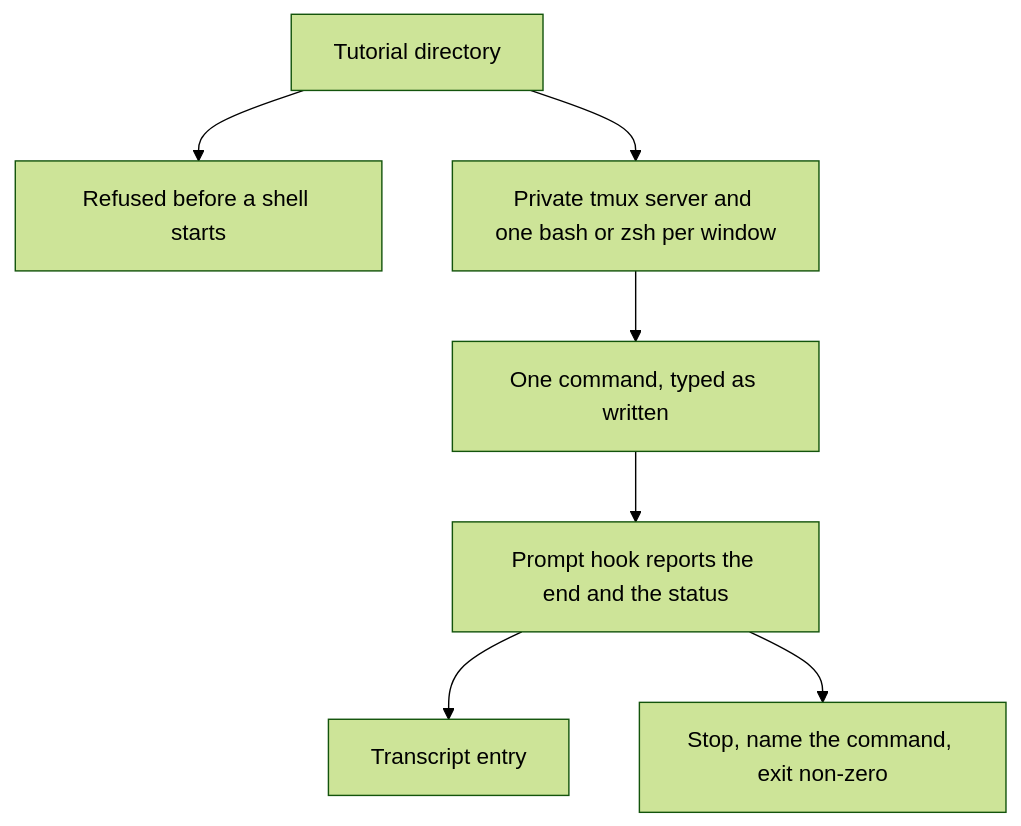
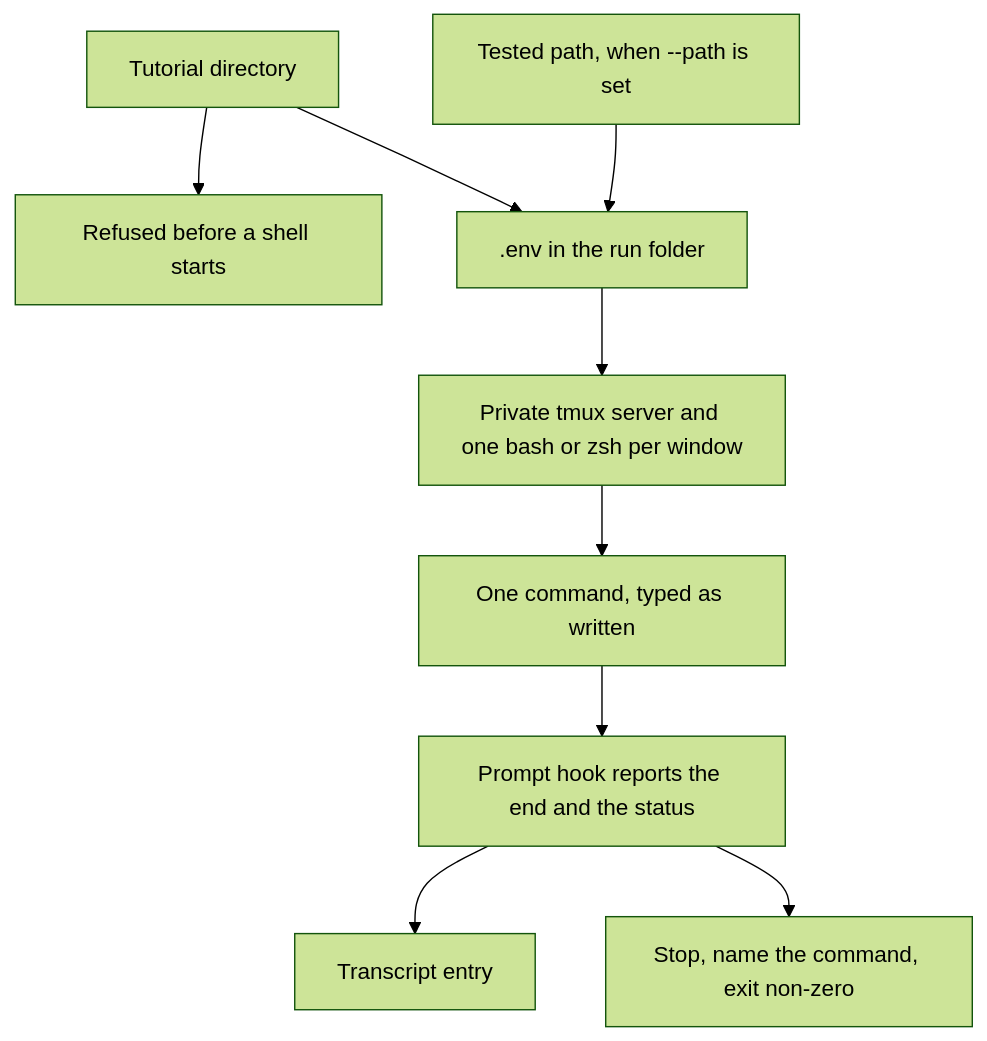
Before and after one commit to lambdasistemi/tutorial-stepper: the diagram in docs/play.md, drawn with Mermaid (forest theme). The commit also changed other lines of this file and 8 other files, not shown here.

Commit message:
feat: play one tested path and load its values

````diff
--- a/docs/play.md
+++ b/docs/play.md
@@ -9,16 +9,20 @@
 ```mermaid
 flowchart TD
   directory["Tutorial directory"]
+  path["Tested path, when --path is set"]
   refuse["Refused before a shell starts"]
+  env[".env in the run folder"]
   server["Private tmux server and one bash or zsh per window"]
   command["One command, typed as written"]
   hook["Prompt hook reports the end and the status"]
   transcript["Transcript entry"]
   stop["Stop, name the command, exit non-zero"]
   directory --> refuse
-  directory --> server
+  directory --> env
+  path --> env
+  env --> server
   server --> command
   command --> hook
   hook --> transcript
   hook --> stop
 ```
````
